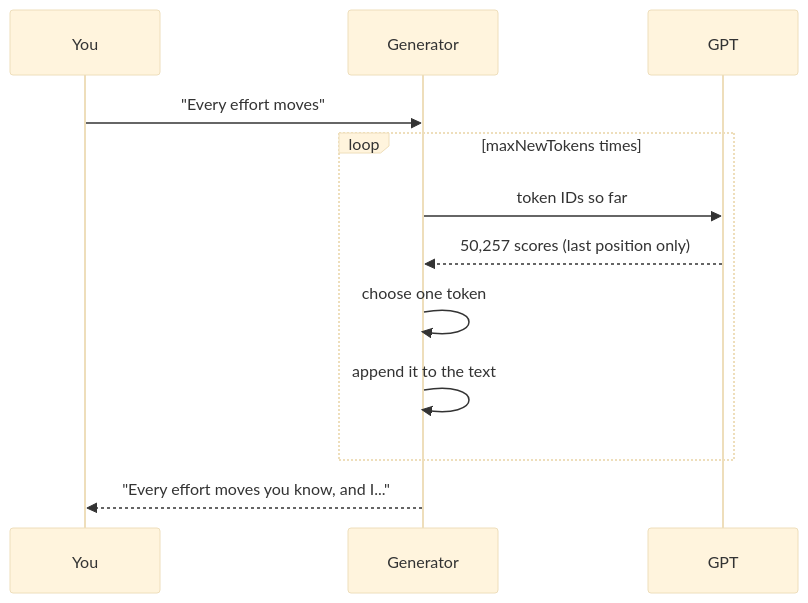
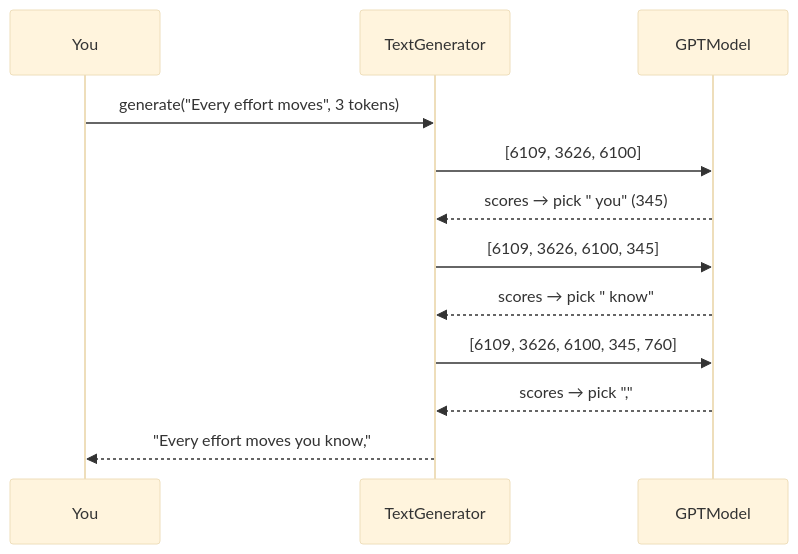
Before and after one commit to Ranjeet0611/tinygpt: the second of 12 diagrams in docs/07-generating-text.md, drawn with Mermaid (base theme). The commit also changed other lines of this file and 9 other files, not shown here.

````diff
--- a/docs/07-generating-text.md
+++ b/docs/07-generating-text.md
@@ -13,14 +27,14 @@
 ```mermaid
 sequenceDiagram
     participant You
-    participant Generator
-    participant GPT
-    You->>Generator: "Every effort moves"
-    loop maxNewTokens times
-        Generator->>GPT: token IDs so far
-        GPT-->>Generator: 50,257 scores (last position only)
-        Generator->>Generator: choose one token
-        Generator->>Generator: append it to the text
-    end
-    Generator-->>You: "Every effort moves you know, and I..."
+    participant TG as TextGenerator
+    participant M as GPTModel
+    You->>TG: generate("Every effort moves", 3 tokens)
+    TG->>M: [6109, 3626, 6100]
+    M-->>TG: scores → pick " you" (345)
+    TG->>M: [6109, 3626, 6100, 345]
+    M-->>TG: scores → pick " know" 
+    TG->>M: [6109, 3626, 6100, 345, 760]
+    M-->>TG: scores → pick ","
+    TG-->>You: "Every effort moves you know,"
 ```
````
